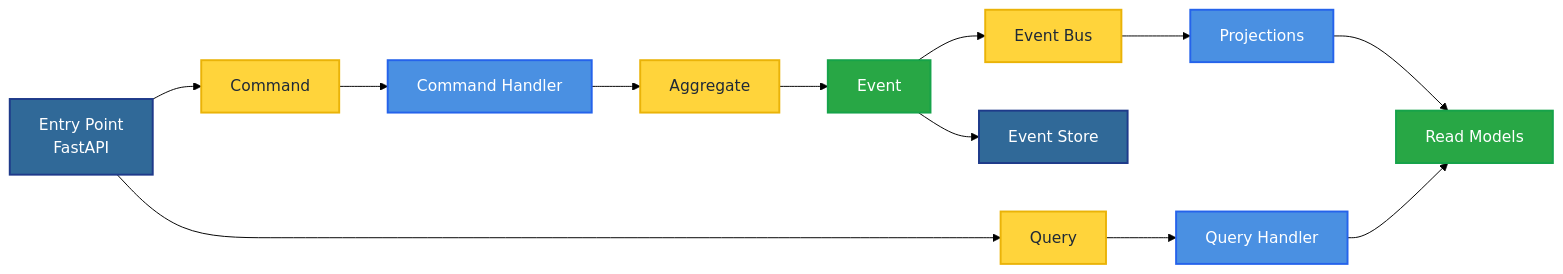
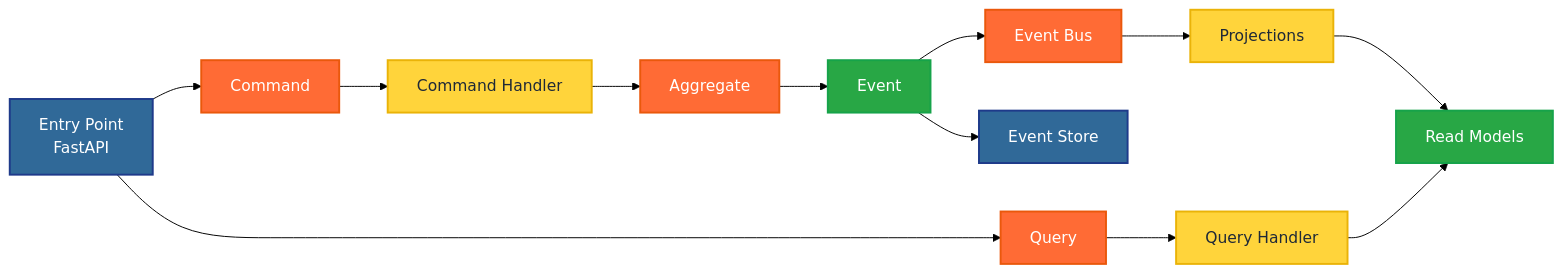
Before and after one commit to anmarkoulis/event-sourcing: the diagram in docs/presentation/diagrams/source/event-sourcing-flow.mmd, drawn with Mermaid (forest theme). The commit also changed 3 other files, not shown here.

```diff
--- a/docs/presentation/diagrams/source/event-sourcing-flow.mmd
+++ b/docs/presentation/diagrams/source/event-sourcing-flow.mmd
@@ -1,26 +1,26 @@
 graph LR
     A[Entry Point<br/>FastAPI] --> B[Command]
     A --> J[Query]
 
     B --> C[Command Handler]
     C --> D[Aggregate]
     D --> E[Event]
     E --> F[Event Store]
     E --> G[Event Bus]
     G --> I[Projections]
     I --> K[Read Models]
 
     J --> L[Query Handler]
     L --> K
 
     style A fill:#306998,stroke:#1e3a8a,stroke-width:2px,color:#ffffff
-    style B fill:#FFD43B,stroke:#eab308,stroke-width:2px,color:#1f2937
-    style C fill:#4A90E2,stroke:#2563eb,stroke-width:2px,color:#ffffff
-    style D fill:#FFD43B,stroke:#eab308,stroke-width:2px,color:#1f2937
+    style B fill:#FF6B35,stroke:#ea580c,stroke-width:2px,color:#ffffff
+    style C fill:#FFD43B,stroke:#eab308,stroke-width:2px,color:#1f2937
+    style D fill:#FF6B35,stroke:#ea580c,stroke-width:2px,color:#ffffff
     style E fill:#28A745,stroke:#16a34a,stroke-width:2px,color:#ffffff
     style F fill:#306998,stroke:#1e3a8a,stroke-width:2px,color:#ffffff
-    style G fill:#FFD43B,stroke:#eab308,stroke-width:2px,color:#1f2937
-    style I fill:#4A90E2,stroke:#2563eb,stroke-width:2px,color:#ffffff
-    style J fill:#FFD43B,stroke:#eab308,stroke-width:2px,color:#1f2937
+    style G fill:#FF6B35,stroke:#ea580c,stroke-width:2px,color:#ffffff
+    style I fill:#FFD43B,stroke:#eab308,stroke-width:2px,color:#1f2937
+    style J fill:#FF6B35,stroke:#ea580c,stroke-width:2px,color:#ffffff
     style K fill:#28A745,stroke:#16a34a,stroke-width:2px,color:#ffffff
-    style L fill:#4A90E2,stroke:#2563eb,stroke-width:2px,color:#ffffff
+    style L fill:#FFD43B,stroke:#eab308,stroke-width:2px,color:#1f2937
```
